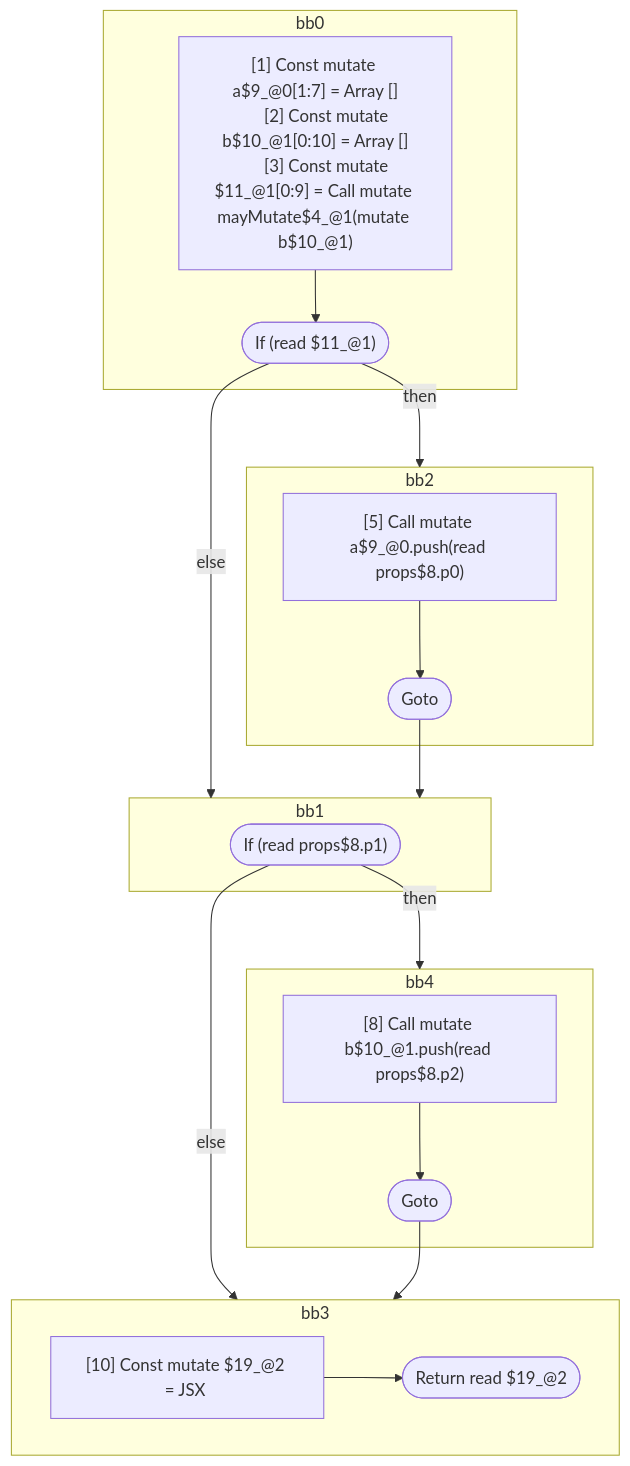
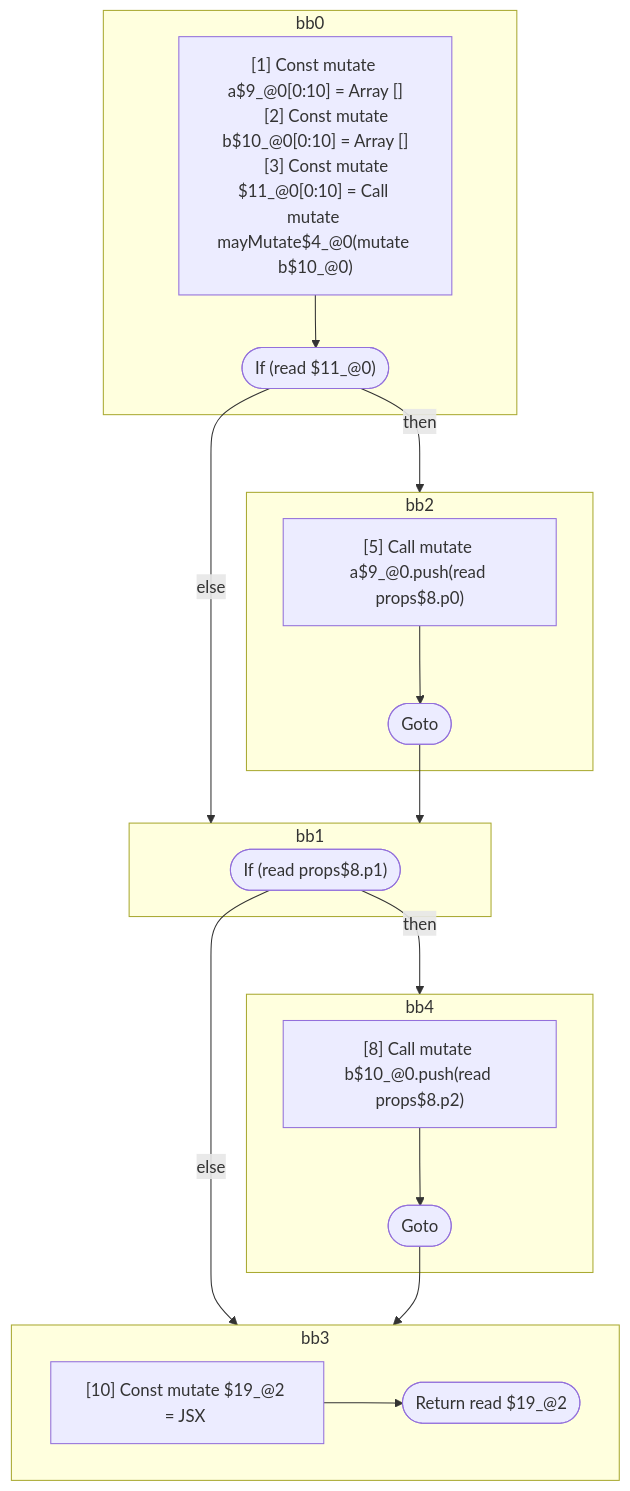
Before and after one commit to wutsmog/private: the second of 4 diagrams in compiler/forget/src/__tests__/fixtures/hir/conditional-on-mutable.expect.md, drawn with Mermaid. The commit also changed other lines of this file and 30 other files, not shown here.

First line of the commit message:
Merge scopes that interleave or cross control-flow boundaries together

````diff
--- a/compiler/forget/src/__tests__/fixtures/hir/conditional-on-mutable.expect.md
+++ b/compiler/forget/src/__tests__/fixtures/hir/conditional-on-mutable.expect.md
@@ -179,42 +179,42 @@
 ```mermaid
 flowchart TB
   %% Basic Blocks
   subgraph bb0
     bb0_instrs["
-      [1] Const mutate a$9_@0[1:7] = Array []
-      [2] Const mutate b$10_@1[0:10] = Array []
-      [3] Const mutate $11_@1[0:9] = Call mutate mayMutate$4_@1(mutate b$10_@1)
+      [1] Const mutate a$9_@0[0:10] = Array []
+      [2] Const mutate b$10_@0[0:10] = Array []
+      [3] Const mutate $11_@0[0:10] = Call mutate mayMutate$4_@0(mutate b$10_@0)
     "]
-    bb0_instrs --> bb0_terminal(["If (read $11_@1)"])
+    bb0_instrs --> bb0_terminal(["If (read $11_@0)"])
   end
   subgraph bb2
     bb2_instrs["
       [5] Call mutate a$9_@0.push(read props$8.p0)
     "]
     bb2_instrs --> bb2_terminal(["Goto"])
   end
   subgraph bb1
     bb1_terminal(["If (read props$8.p1)"])
   end
   subgraph bb4
     bb4_instrs["
-      [8] Call mutate b$10_@1.push(read props$8.p2)
+      [8] Call mutate b$10_@0.push(read props$8.p2)
     "]
     bb4_instrs --> bb4_terminal(["Goto"])
   end
   subgraph bb3
     bb3_instrs["
-      [10] Const mutate $19_@2 = JSX <read Foo$6 a={freeze a$9_@0} b={freeze b$10_@1} ></read Foo$6>
+      [10] Const mutate $19_@2 = JSX <read Foo$6 a={freeze a$9_@0} b={freeze b$10_@0} ></read Foo$6>
     "]
     bb3_instrs --> bb3_terminal(["Return read $19_@2"])
   end
 
   %% Jumps
   bb0_terminal -- "then" --> bb2
   bb0_terminal -- "else" --> bb1
   bb2_terminal --> bb1
   bb1_terminal -- "then" --> bb4
   bb1_terminal -- "else" --> bb3
   bb4_terminal --> bb3
 
 ```
````
